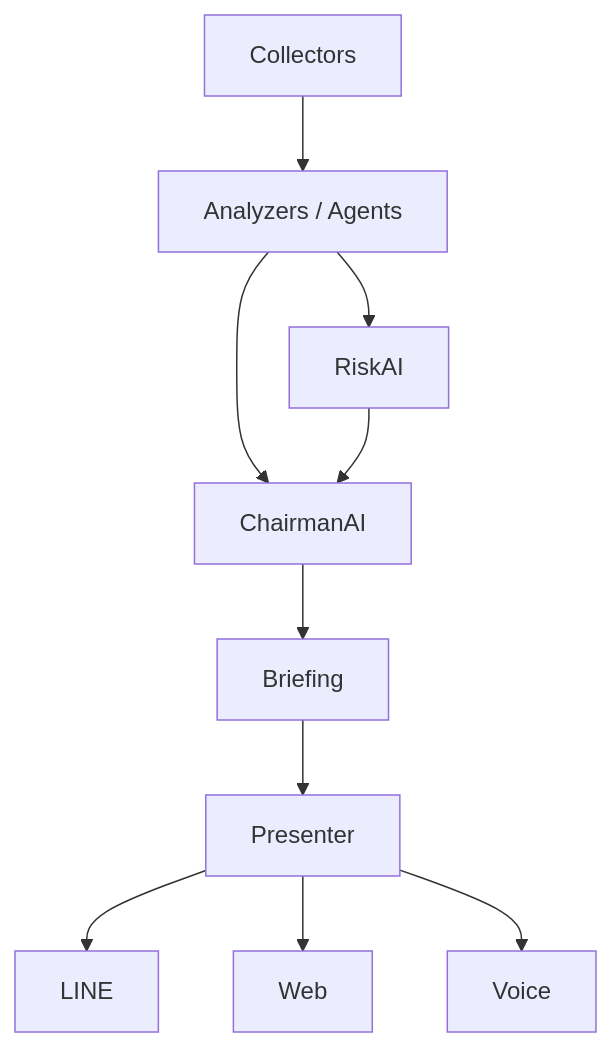
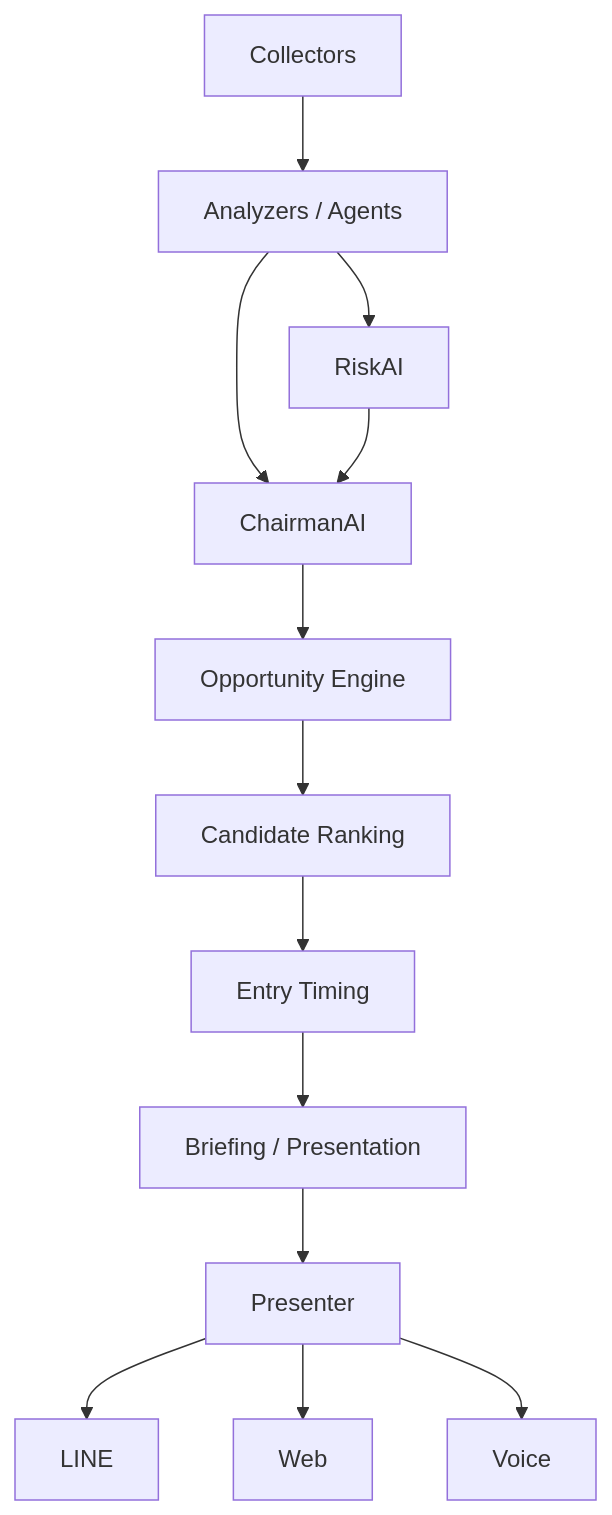
One commit to tsutsumi0514/AlphaOS changed the diagram in docs/architecture.md. Above: the diagram before and after it, drawn with Mermaid. The commit also changed other lines of this file and 16 other files, not shown here.

````diff
--- a/docs/architecture.md
+++ b/docs/architecture.md
@@ -17,12 +18,15 @@
 ```mermaid
 flowchart TD
   A["Collectors"] --> B["Analyzers / Agents"]
   B --> C["RiskAI"]
   B --> D["ChairmanAI"]
   C --> D
-  D --> E["Briefing"]
-  E --> F["Presenter"]
-  F --> G["LINE"]
-  F --> H["Web"]
-  F --> I["Voice"]
+  D --> E["Opportunity Engine"]
+  E --> F["Candidate Ranking"]
+  F --> G["Entry Timing"]
+  G --> H["Briefing / Presentation"]
+  H --> I["Presenter"]
+  I --> J["LINE"]
+  I --> K["Web"]
+  I --> L["Voice"]
 ```
````
